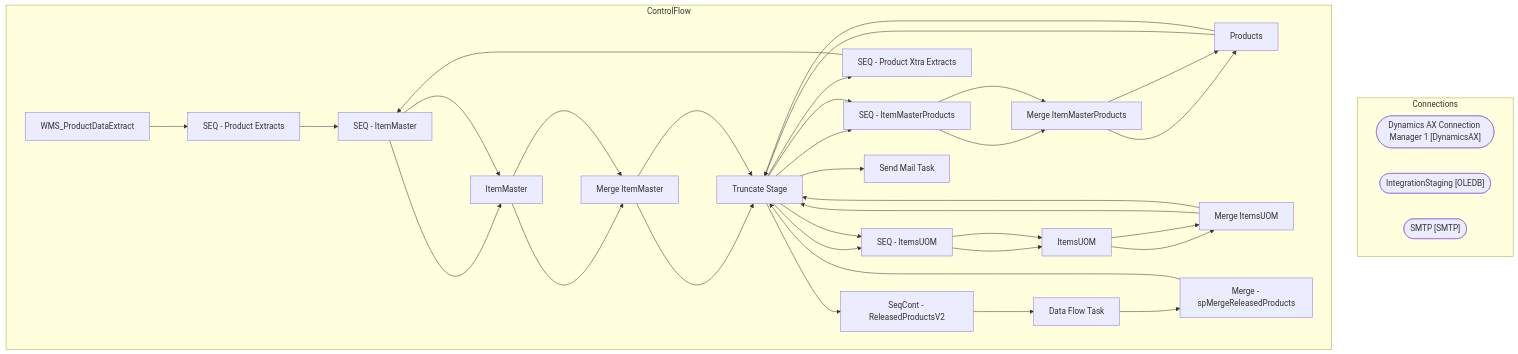
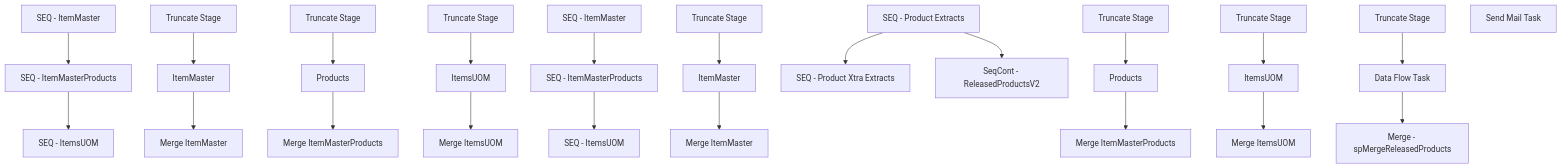
The diagram in bab-docs-explorer/Documentation/STL-SSIS-P-01/SSIS/WMS/WMS_ProductDataExtract.WMS_ProductDataExtract.md (juanandresbrain/BABSkills), drawn with Mermaid before and after one commit. The commit also changed other lines of this file and 273 other files, not shown here.

````diff
--- a/bab-docs-explorer/Documentation/STL-SSIS-P-01/SSIS/WMS/WMS_ProductDataExtract.WMS_ProductDataExtract.md
+++ b/bab-docs-explorer/Documentation/STL-SSIS-P-01/SSIS/WMS/WMS_ProductDataExtract.WMS_ProductDataExtract.md
@@ -9,73 +90,54 @@
 ```mermaid
 flowchart TD
-    subgraph Connections
-        Dynamics_AX_Connection_Manager_1_conn(["Dynamics AX Connection Manager 1 [DynamicsAX]"])
-        IntegrationStaging_conn(["IntegrationStaging [OLEDB]"])
-        SMTP_conn(["SMTP [SMTP]"])
-    end
-    subgraph ControlFlow
-        WMS_ProductDataExtract_task["WMS_ProductDataExtract"]
-        SEQ___Product_Extracts_task["SEQ - Product Extracts"]
-        WMS_ProductDataExtract_task --> SEQ___Product_Extracts_task
-        SEQ___ItemMaster_task["SEQ - ItemMaster"]
-        SEQ___Product_Extracts_task --> SEQ___ItemMaster_task
-        ItemMaster_task["ItemMaster"]
-        SEQ___ItemMaster_task --> ItemMaster_task
-        Merge_ItemMaster_task["Merge ItemMaster"]
-        ItemMaster_task --> Merge_ItemMaster_task
-        Truncate_Stage_task["Truncate Stage"]
-        Merge_ItemMaster_task --> Truncate_Stage_task
-        SEQ___ItemMasterProducts_task["SEQ - ItemMasterProducts"]
-        Truncate_Stage_task --> SEQ___ItemMasterProducts_task
-        Merge_ItemMasterProducts_task["Merge ItemMasterProducts"]
-        SEQ___ItemMasterProducts_task --> Merge_ItemMasterProducts_task
-        Products_task["Products"]
-        Merge_ItemMasterProducts_task --> Products_task
-        Truncate_Stage_task["Truncate Stage"]
-        Products_task --> Truncate_Stage_task
-        SEQ___ItemsUOM_task["SEQ - ItemsUOM"]
-        Truncate_Stage_task --> SEQ___ItemsUOM_task
-        ItemsUOM_task["ItemsUOM"]
-        SEQ___ItemsUOM_task --> ItemsUOM_task
-        Merge_ItemsUOM_task["Merge ItemsUOM"]
-        ItemsUOM_task --> Merge_ItemsUOM_task
-        Truncate_Stage_task["Truncate Stage"]
-        Merge_ItemsUOM_task --> Truncate_Stage_task
-        SEQ___Product_Xtra_Extracts_task["SEQ - Product Xtra Extracts"]
-        Truncate_Stage_task --> SEQ___Product_Xtra_Extracts_task
-        SEQ___ItemMaster_task["SEQ - ItemMaster"]
-        SEQ___Product_Xtra_Extracts_task --> SEQ___ItemMaster_task
-        ItemMaster_task["ItemMaster"]
-        SEQ___ItemMaster_task --> ItemMaster_task
-        Merge_ItemMaster_task["Merge ItemMaster"]
-        ItemMaster_task --> Merge_ItemMaster_task
-        Truncate_Stage_task["Truncate Stage"]
-        Merge_ItemMaster_task --> Truncate_Stage_task
-        SEQ___ItemMasterProducts_task["SEQ - ItemMasterProducts"]
-        Truncate_Stage_task --> SEQ___ItemMasterProducts_task
-        Merge_ItemMasterProducts_task["Merge ItemMasterProducts"]
-        SEQ___ItemMasterProducts_task --> Merge_ItemMasterProducts_task
-        Products_task["Products"]
-        Merge_ItemMasterProducts_task --> Products_task
-        Truncate_Stage_task["Truncate Stage"]
-        Products_task --> Truncate_Stage_task
-        SEQ___ItemsUOM_task["SEQ - ItemsUOM"]
-        Truncate_Stage_task --> SEQ___ItemsUOM_task
-        ItemsUOM_task["ItemsUOM"]
-        SEQ___ItemsUOM_task --> ItemsUOM_task
-        Merge_ItemsUOM_task["Merge ItemsUOM"]
-        ItemsUOM_task --> Merge_ItemsUOM_task
-        Truncate_Stage_task["Truncate Stage"]
-        Merge_ItemsUOM_task --> Truncate_Stage_task
-        SeqCont___ReleasedProductsV2_task["SeqCont - ReleasedProductsV2"]
-        Truncate_Stage_task --> SeqCont___ReleasedProductsV2_task
-        Data_Flow_Task_task["Data Flow Task"]
-        SeqCont___ReleasedProductsV2_task --> Data_Flow_Task_task
-        Merge___spMergeReleasedProducts_task["Merge - spMergeReleasedProducts"]
-        Data_Flow_Task_task --> Merge___spMergeReleasedProducts_task
-        Truncate_Stage_task["Truncate Stage"]
-        Merge___spMergeReleasedProducts_task --> Truncate_Stage_task
-        Send_Mail_Task_task["Send Mail Task"]
-        Truncate_Stage_task --> Send_Mail_Task_task
-    end
+    n_Package_SEQ___Product_Extracts["SEQ - Product Extracts"]
+    n_Package_SEQ___Product_Extracts_SEQ___ItemMaster["SEQ - ItemMaster"]
+    n_Package_SEQ___Product_Extracts_SEQ___ItemMaster_ItemMaster["ItemMaster"]
+    n_Package_SEQ___Product_Extracts_SEQ___ItemMaster_Merge_ItemMaster["Merge ItemMaster"]
+    n_Package_SEQ___Product_Extracts_SEQ___ItemMaster_Truncate_Stage["Truncate Stage"]
+    n_Package_SEQ___Product_Extracts_SEQ___ItemMasterProducts["SEQ - ItemMasterProducts"]
+    n_Package_SEQ___Product_Extracts_SEQ___ItemMasterProducts_Merge_ItemMasterProducts["Merge ItemMasterProducts"]
+    n_Package_SEQ___Product_Extracts_SEQ___ItemMasterProducts_Products["Products"]
+    n_Package_SEQ___Product_Extracts_SEQ___ItemMasterProducts_Truncate_Stage["Truncate Stage"]
+    n_Package_SEQ___Product_Extracts_SEQ___ItemsUOM["SEQ - ItemsUOM"]
+    n_Package_SEQ___Product_Extracts_SEQ___ItemsUOM_ItemsUOM["ItemsUOM"]
+    n_Package_SEQ___Product_Extracts_SEQ___ItemsUOM_Merge_ItemsUOM["Merge ItemsUOM"]
+    n_Package_SEQ___Product_Extracts_SEQ___ItemsUOM_Truncate_Stage["Truncate Stage"]
+    n_Package_SEQ___Product_Xtra_Extracts["SEQ - Product Xtra Extracts"]
+    n_Package_SEQ___Product_Xtra_Extracts_SEQ___ItemMaster["SEQ - ItemMaster"]
+    n_Package_SEQ___Product_Xtra_Extracts_SEQ___ItemMaster_ItemMaster["ItemMaster"]
+    n_Package_SEQ___Product_Xtra_Extracts_SEQ___ItemMaster_Merge_ItemMaster["Merge ItemMaster"]
+    n_Package_SEQ___Product_Xtra_Extracts_SEQ___ItemMaster_Truncate_Stage["Truncate Stage"]
+    n_Package_SEQ___Product_Xtra_Extracts_SEQ___ItemMasterProducts["SEQ - ItemMasterProducts"]
+    n_Package_SEQ___Product_Xtra_Extracts_SEQ___ItemMasterProducts_Merge_ItemMasterProducts["Merge ItemMasterProducts"]
+    n_Package_SEQ___Product_Xtra_Extracts_SEQ___ItemMasterProducts_Products["Products"]
+    n_Package_SEQ___Product_Xtra_Extracts_SEQ___ItemMasterProducts_Truncate_Stage["Truncate Stage"]
+    n_Package_SEQ___Product_Xtra_Extracts_SEQ___ItemsUOM["SEQ - ItemsUOM"]
+    n_Package_SEQ___Product_Xtra_Extracts_SEQ___ItemsUOM_ItemsUOM["ItemsUOM"]
+    n_Package_SEQ___Product_Xtra_Extracts_SEQ___ItemsUOM_Merge_ItemsUOM["Merge ItemsUOM"]
+    n_Package_SEQ___Product_Xtra_Extracts_SEQ___ItemsUOM_Truncate_Stage["Truncate Stage"]
+    n_Package_SeqCont___ReleasedProductsV2["SeqCont - ReleasedProductsV2"]
+    n_Package_SeqCont___ReleasedProductsV2_Data_Flow_Task["Data Flow Task"]
+    n_Package_SeqCont___ReleasedProductsV2_Merge___spMergeReleasedProducts["Merge - spMergeReleasedProducts"]
+    n_Package_SeqCont___ReleasedProductsV2_Truncate_Stage["Truncate Stage"]
+    n_Package_EventHandlers_OnError__Send_Mail_Task["Send Mail Task"]
+    n_Package_SEQ___Product_Extracts_SEQ___ItemMaster_Truncate_Stage --> n_Package_SEQ___Product_Extracts_SEQ___ItemMaster_ItemMaster
+    n_Package_SEQ___Product_Extracts_SEQ___ItemMaster_ItemMaster --> n_Package_SEQ___Product_Extracts_SEQ___ItemMaster_Merge_ItemMaster
+    n_Package_SEQ___Product_Extracts_SEQ___ItemMasterProducts_Truncate_Stage --> n_Package_SEQ___Product_Extracts_SEQ___ItemMasterProducts_Products
+    n_Package_SEQ___Product_Extracts_SEQ___ItemMasterProducts_Products --> n_Package_SEQ___Product_Extracts_SEQ___ItemMasterProducts_Merge_ItemMasterProducts
+    n_Package_SEQ___Product_Extracts_SEQ___ItemsUOM_Truncate_Stage --> n_Package_SEQ___Product_Extracts_SEQ___ItemsUOM_ItemsUOM
+    n_Package_SEQ___Product_Extracts_SEQ___ItemsUOM_ItemsUOM --> n_Package_SEQ___Product_Extracts_SEQ___ItemsUOM_Merge_ItemsUOM
+    n_Package_SEQ___Product_Extracts_SEQ___ItemMaster --> n_Package_SEQ___Product_Extracts_SEQ___ItemMasterProducts
+    n_Package_SEQ___Product_Extracts_SEQ___ItemMasterProducts --> n_Package_SEQ___Product_Extracts_SEQ___ItemsUOM
+    n_Package_SEQ___Product_Xtra_Extracts_SEQ___ItemMaster_Truncate_Stage --> n_Package_SEQ___Product_Xtra_Extracts_SEQ___ItemMaster_ItemMaster
+    n_Package_SEQ___Product_Xtra_Extracts_SEQ___ItemMaster_ItemMaster --> n_Package_SEQ___Product_Xtra_Extracts_SEQ___ItemMaster_Merge_ItemMaster
+    n_Package_SEQ___Product_Xtra_Extracts_SEQ___ItemMasterProducts_Truncate_Stage --> n_Package_SEQ___Product_Xtra_Extracts_SEQ___ItemMasterProducts_Products
+    n_Package_SEQ___Product_Xtra_Extracts_SEQ___ItemMasterProducts_Products --> n_Package_SEQ___Product_Xtra_Extracts_SEQ___ItemMasterProducts_Merge_ItemMasterProducts
+    n_Package_SEQ___Product_Xtra_Extracts_SEQ___ItemsUOM_Truncate_Stage --> n_Package_SEQ___Product_Xtra_Extracts_SEQ___ItemsUOM_ItemsUOM
+    n_Package_SEQ___Product_Xtra_Extracts_SEQ___ItemsUOM_ItemsUOM --> n_Package_SEQ___Product_Xtra_Extracts_SEQ___ItemsUOM_Merge_ItemsUOM
+    n_Package_SEQ___Product_Xtra_Extracts_SEQ___ItemMaster --> n_Package_SEQ___Product_Xtra_Extracts_SEQ___ItemMasterProducts
+    n_Package_SEQ___Product_Xtra_Extracts_SEQ___ItemMasterProducts --> n_Package_SEQ___Product_Xtra_Extracts_SEQ___ItemsUOM
+    n_Package_SeqCont___ReleasedProductsV2_Truncate_Stage --> n_Package_SeqCont___ReleasedProductsV2_Data_Flow_Task
+    n_Package_SeqCont___ReleasedProductsV2_Data_Flow_Task --> n_Package_SeqCont___ReleasedProductsV2_Merge___spMergeReleasedProducts
+    n_Package_SEQ___Product_Extracts --> n_Package_SEQ___Product_Xtra_Extracts
+    n_Package_SEQ___Product_Extracts --> n_Package_SeqCont___ReleasedProductsV2
 ```
````
